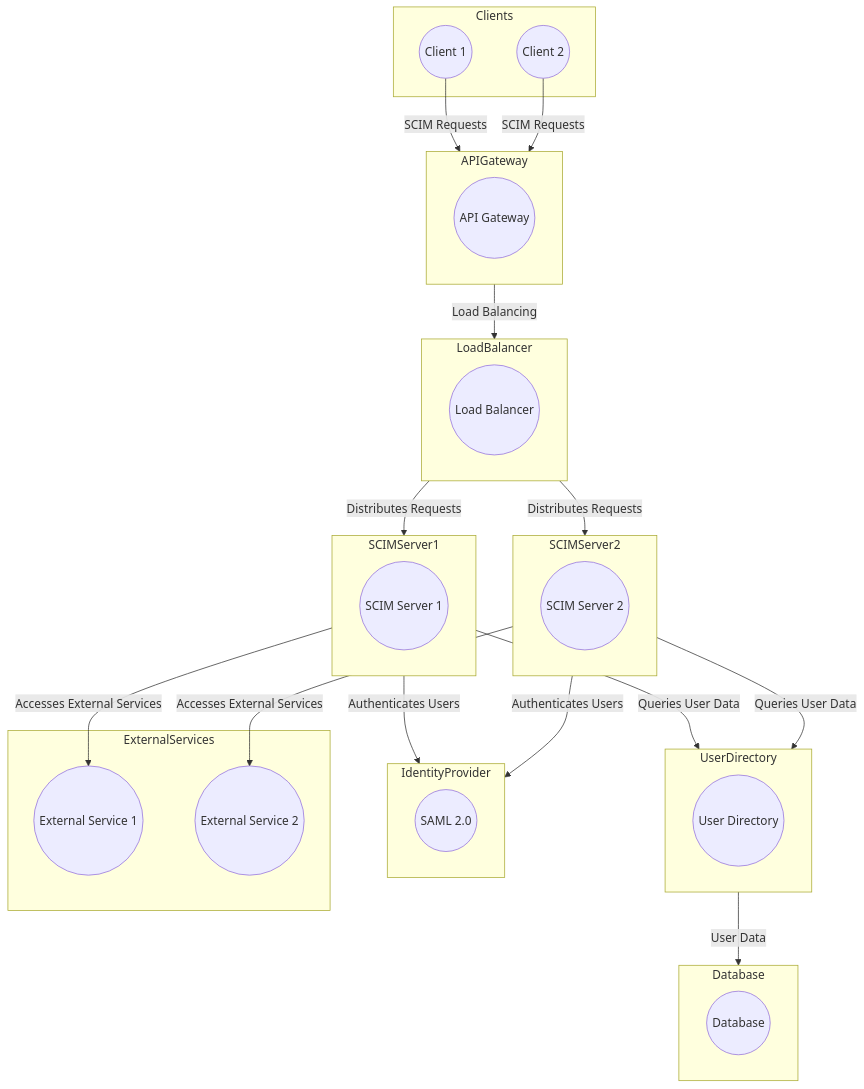
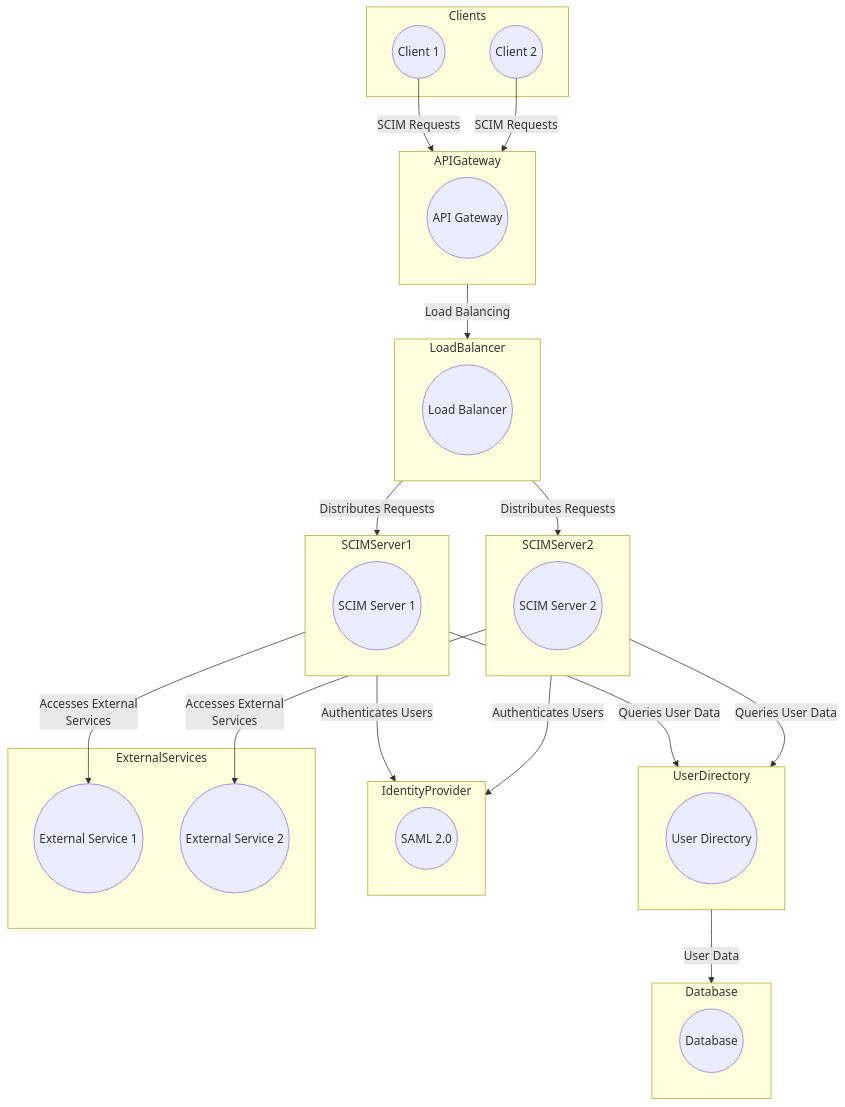
One commit to ovaisq/systemarch changed the diagram in diagrams/complex_scim.md. Above: the diagram before and after it, drawn with Mermaid.

````diff
--- a/diagrams/complex_scim.md
+++ b/diagrams/complex_scim.md
@@ -3,46 +3,48 @@
 ```mermaid
 flowchart TD
   subgraph Clients
     Client1((Client 1))
     Client2((Client 2))
   end
   subgraph APIGateway
     KongHQ((API Gateway))
   end
   subgraph LoadBalancer
     LB((Load Balancer))
   end
   subgraph SCIMServer1
     SCIMSrvr1((SCIM Server 1))
   end
   subgraph SCIMServer2
     SCIMSrvr2((SCIM Server 2))
   end
   subgraph UserDirectory
     UserDir((User Directory))
   end
   subgraph IdentityProvider
     IdProvider((SAML 2.0))
   end
   subgraph ExternalServices
     ExternalService1((External Service 1))
     ExternalService2((External Service 2))
   end
   subgraph Database
     DB((Database))
   end
 
   Client1 -->|SCIM Requests| APIGateway
   Client2 -->|SCIM Requests| APIGateway
   APIGateway -->|Load Balancing| LoadBalancer
   LoadBalancer -->|Distributes Requests| SCIMServer1
   LoadBalancer -->|Distributes Requests| SCIMServer2
   SCIMServer1 -->|Queries User Data| UserDirectory
   SCIMServer1 -->|Authenticates Users| IdentityProvider
-  SCIMServer1 -->|Accesses External Services| ExternalService1
+  SCIMServer1 -->|"Accesses External
+Services"| ExternalService1
   SCIMServer2 -->|Queries User Data| UserDirectory
   SCIMServer2 -->|Authenticates Users| IdentityProvider
-  SCIMServer2 -->|Accesses External Services| ExternalService2
+  SCIMServer2 -->|"Accesses External
+Services"| ExternalService2
   UserDirectory -->|User Data| Database
 
 ```
````
